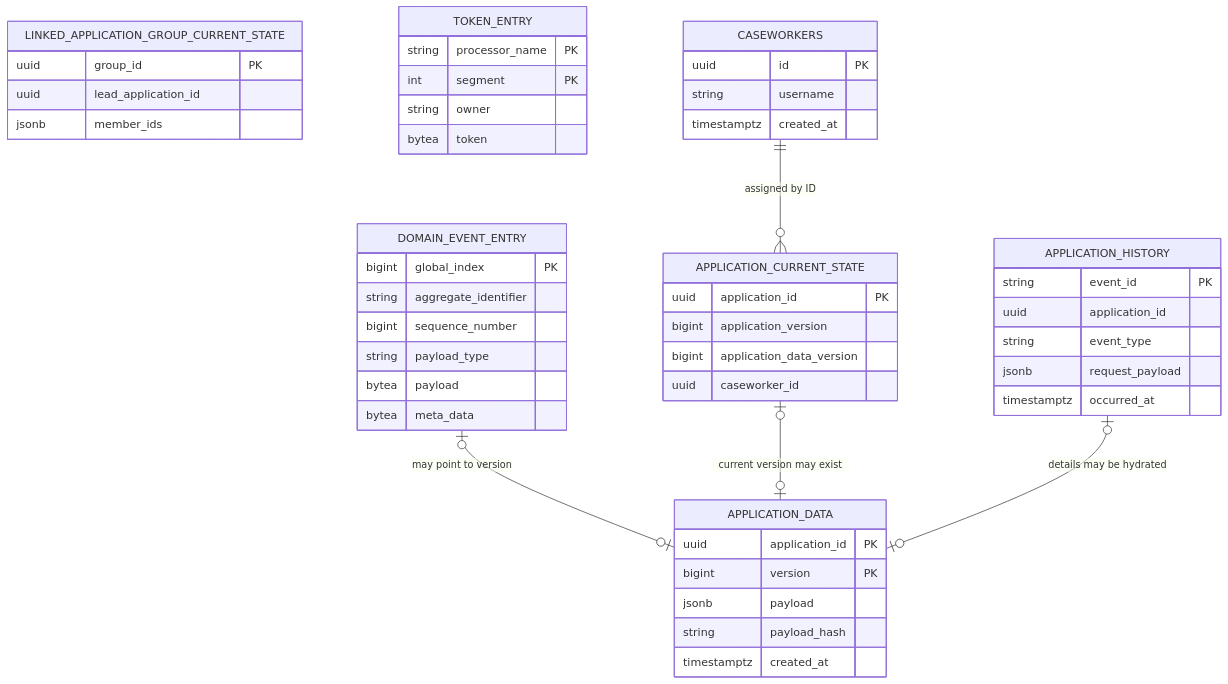
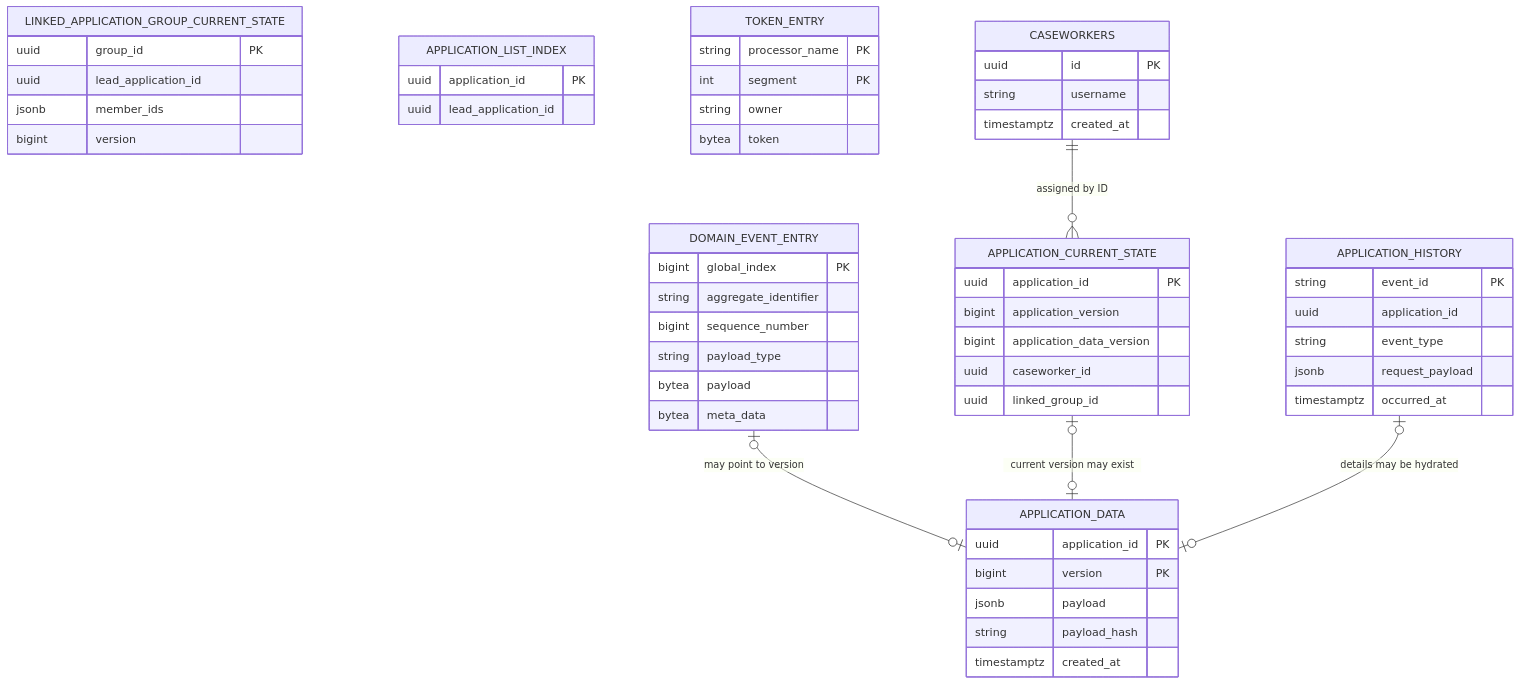
The diagram in data-access-service-axon/docs/storage-model.md (ministryofjustice/laa-data-access-api), drawn with Mermaid before and after one commit. The commit also changed other lines of this file and 8 other files, not shown here.

Commit message:
docs(axon): explain linked-group changes and projection ordering

````diff
--- a/data-access-service-axon/docs/storage-model.md
+++ b/data-access-service-axon/docs/storage-model.md
@@ -6,52 +6,58 @@
 ```mermaid
 erDiagram
     DOMAIN_EVENT_ENTRY {
         bigint global_index PK
         string aggregate_identifier
         bigint sequence_number
         string payload_type
         bytea payload
         bytea meta_data
     }
     APPLICATION_DATA {
         uuid application_id PK
         bigint version PK
         jsonb payload
         string payload_hash
         timestamptz created_at
     }
     APPLICATION_CURRENT_STATE {
         uuid application_id PK
         bigint application_version
         bigint application_data_version
         uuid caseworker_id
+        uuid linked_group_id
     }
     APPLICATION_HISTORY {
         string event_id PK
         uuid application_id
         string event_type
         jsonb request_payload
         timestamptz occurred_at
     }
     LINKED_APPLICATION_GROUP_CURRENT_STATE {
         uuid group_id PK
         uuid lead_application_id
         jsonb member_ids
+        bigint version
+    }
+    APPLICATION_LIST_INDEX {
+        uuid application_id PK
+        uuid lead_application_id
     }
     TOKEN_ENTRY {
         string processor_name PK
         int segment PK
         string owner
         bytea token
     }
     CASEWORKERS {
         uuid id PK
         string username
         timestamptz created_at
     }
 
     DOMAIN_EVENT_ENTRY o|--o| APPLICATION_DATA : "may point to version"
     APPLICATION_CURRENT_STATE o|--o| APPLICATION_DATA : "current version may exist"
     APPLICATION_HISTORY o|--o| APPLICATION_DATA : "details may be hydrated"
     CASEWORKERS ||--o{ APPLICATION_CURRENT_STATE : "assigned by ID"
 ```
````
